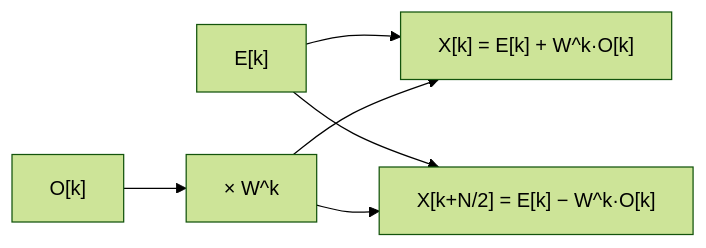
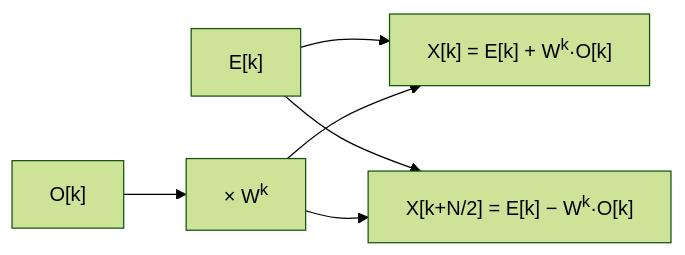
The second of 4 diagrams in lessons/11-metering-fft/README.md (TomHsieh300/DAW-for-fun), drawn with Mermaid (forest theme) before and after one commit. The commit also changed other lines of this file and 19 other files, not shown here.

First line of the commit message:
lessons: typeset subscripts and superscripts in Mermaid labels

````diff
--- a/lessons/11-metering-fft/README.md
+++ b/lessons/11-metering-fft/README.md
@@ -434,8 +434,8 @@
 ```mermaid
 flowchart LR
-    Ek["E[k]"] --> Xk["X[k] = E[k] + W^k·O[k]"]
-    Ek --> Xk2["X[k+N/2] = E[k] − W^k·O[k]"]
-    Ok["O[k]"] --> Tw["× W^k"]
+    Ek["E[k]"] --> Xk["X[k] = E[k] + W<sup>k</sup>·O[k]"]
+    Ek --> Xk2["X[k+N/2] = E[k] − W<sup>k</sup>·O[k]"]
+    Ok["O[k]"] --> Tw["× W<sup>k</sup>"]
     Tw --> Xk
     Tw --> Xk2
 ```
````
